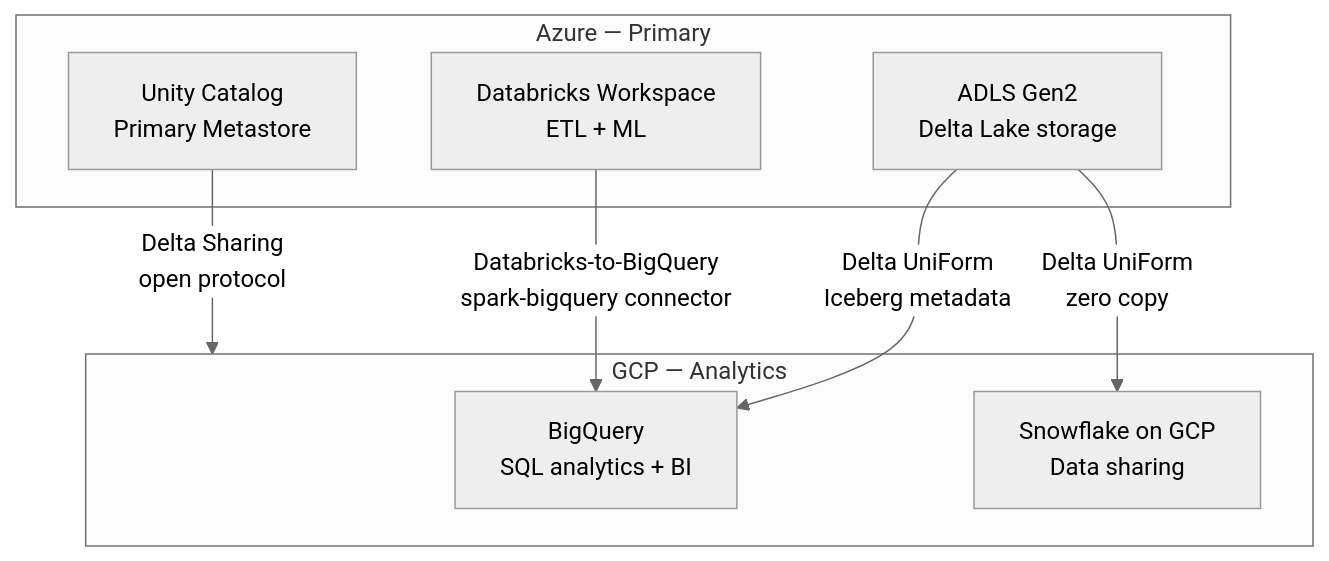
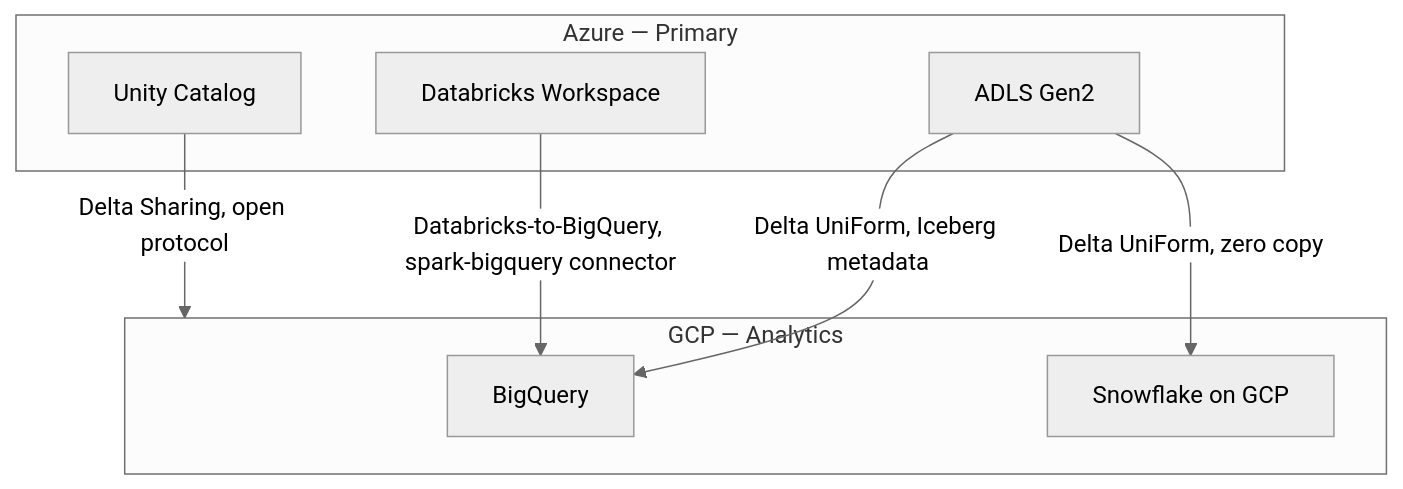
One commit to gcmishra7/data-engineering-helper changed the third of 4 diagrams in 05-databricks/10-reference-architectures.md. Above: the diagram before and after it, drawn with Mermaid (neutral theme). The commit also changed other lines of this file and 57 other files, not shown here.

First line of the commit message:
Shorten mermaid node labels to fix text truncation on GitHub

````diff
--- a/05-databricks/10-reference-architectures.md
+++ b/05-databricks/10-reference-architectures.md
@@ -101,18 +131,18 @@
 ```mermaid
 graph TD
     subgraph Azure[Azure — Primary]
-        ADLS[ADLS Gen2<br/>Delta Lake storage]
-        ADB[Databricks Workspace<br/>ETL + ML]
-        UC[Unity Catalog<br/>Primary Metastore]
+        ADLS[ADLS Gen2]
+        ADB[Databricks Workspace]
+        UC[Unity Catalog]
     end
 
     subgraph GCP[GCP — Analytics]
-        BQ[BigQuery<br/>SQL analytics + BI]
-        SF[Snowflake on GCP<br/>Data sharing]
+        BQ[BigQuery]
+        SF[Snowflake on GCP]
     end
 
-    ADLS -->|Delta UniForm<br/>Iceberg metadata| BQ
-    ADLS -->|Delta UniForm<br/>zero copy| SF
-    ADB -->|Databricks-to-BigQuery<br/>spark-bigquery connector| BQ
-    UC -->|Delta Sharing<br/>open protocol| GCP
+    ADLS -->|Delta UniForm, Iceberg metadata| BQ
+    ADLS -->|Delta UniForm, zero copy| SF
+    ADB -->|Databricks-to-BigQuery, spark-bigquery connector| BQ
+    UC -->|Delta Sharing, open protocol| GCP
 ```
````
